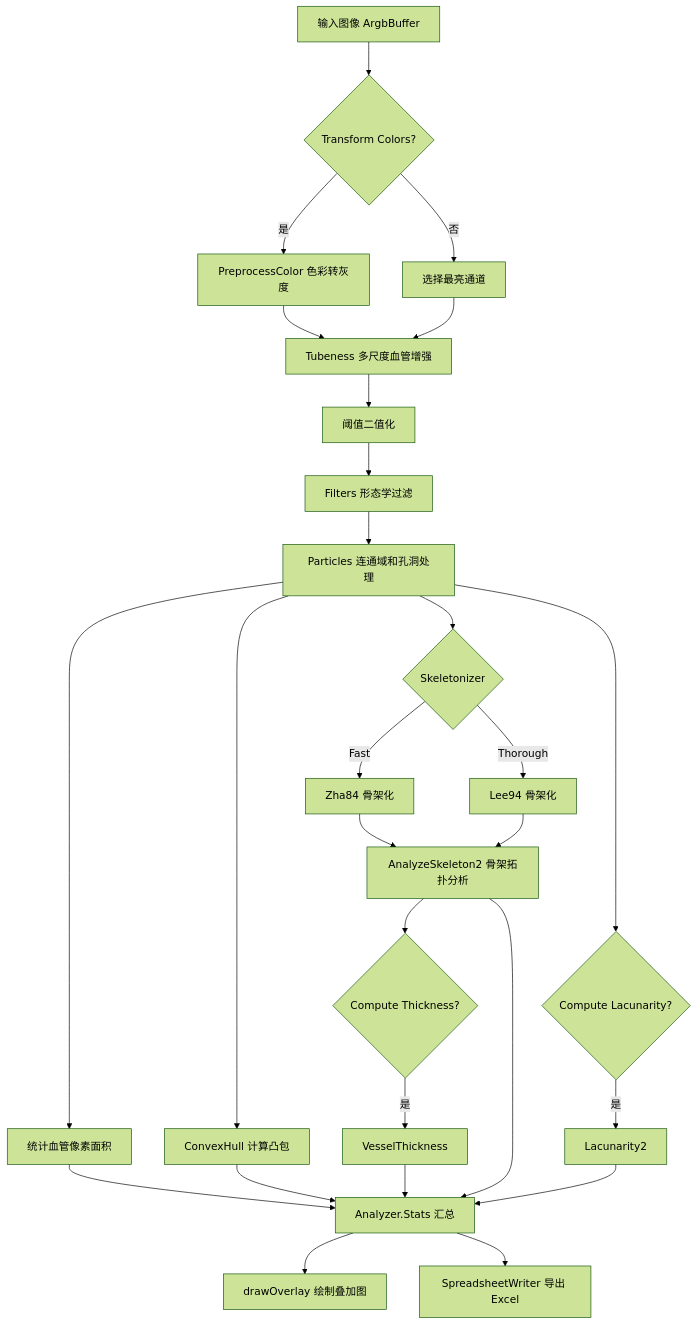
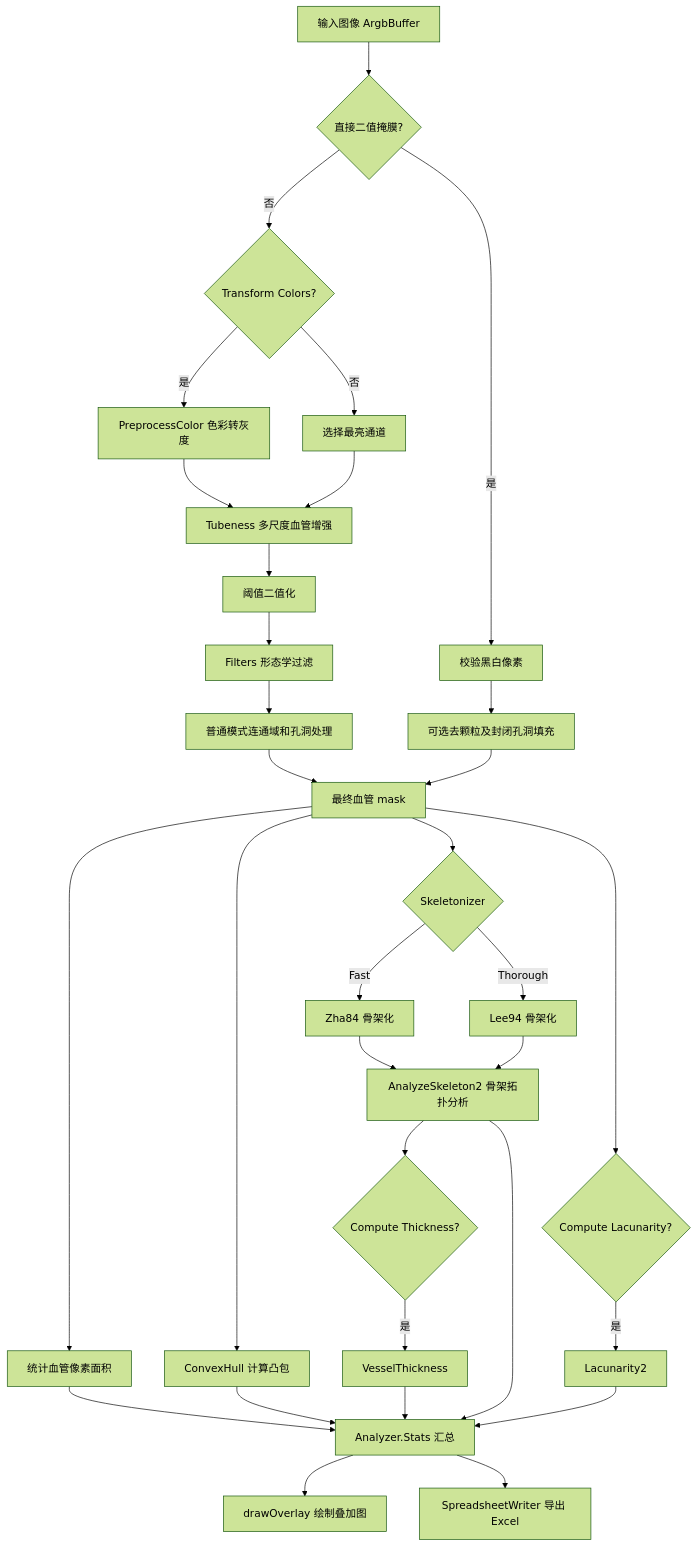
Before and after one commit to wuzm2129/AngioTool: the second of 2 diagrams in PROGRAM_REPORT_CN.md, drawn with Mermaid (forest theme). The commit also changed other lines of this file and 91 other files, not shown here.

````diff
--- a/PROGRAM_REPORT_CN.md
+++ b/PROGRAM_REPORT_CN.md
@@ -126,29 +130,34 @@
 ```mermaid
 flowchart TD
-    A[输入图像 ArgbBuffer] --> B{Transform Colors?}
+    A[输入图像 ArgbBuffer] --> Mode{直接二值掩膜?}
+    Mode -->|否| B{Transform Colors?}
+    Mode -->|是| Check[校验黑白像素]
+    Check --> Binary[可选去颗粒及封闭孔洞填充]
+    Binary --> H[最终血管 mask]
     B -->|是| C[PreprocessColor 色彩转灰度]
     B -->|否| D[选择最亮通道]
     C --> E[Tubeness 多尺度血管增强]
     D --> E
     E --> F[阈值二值化]
     F --> G[Filters 形态学过滤]
-    G --> H[Particles 连通域和孔洞处理]
+    G --> Cleanup[普通模式连通域和孔洞处理]
+    Cleanup --> H
     H --> I[统计血管像素面积]
     H --> J[ConvexHull 计算凸包]
     H --> K{Skeletonizer}
     K -->|Fast| L[Zha84 骨架化]
     K -->|Thorough| M[Lee94 骨架化]
     L --> N[AnalyzeSkeleton2 骨架拓扑分析]
     M --> N
     H --> O{Compute Lacunarity?}
     O -->|是| P[Lacunarity2]
     N --> Q{Compute Thickness?}
     Q -->|是| R[VesselThickness]
     I --> S[Analyzer.Stats 汇总]
     J --> S
     N --> S
     P --> S
     R --> S
     S --> T[drawOverlay 绘制叠加图]
     S --> U[SpreadsheetWriter 导出 Excel]
 ```
````
